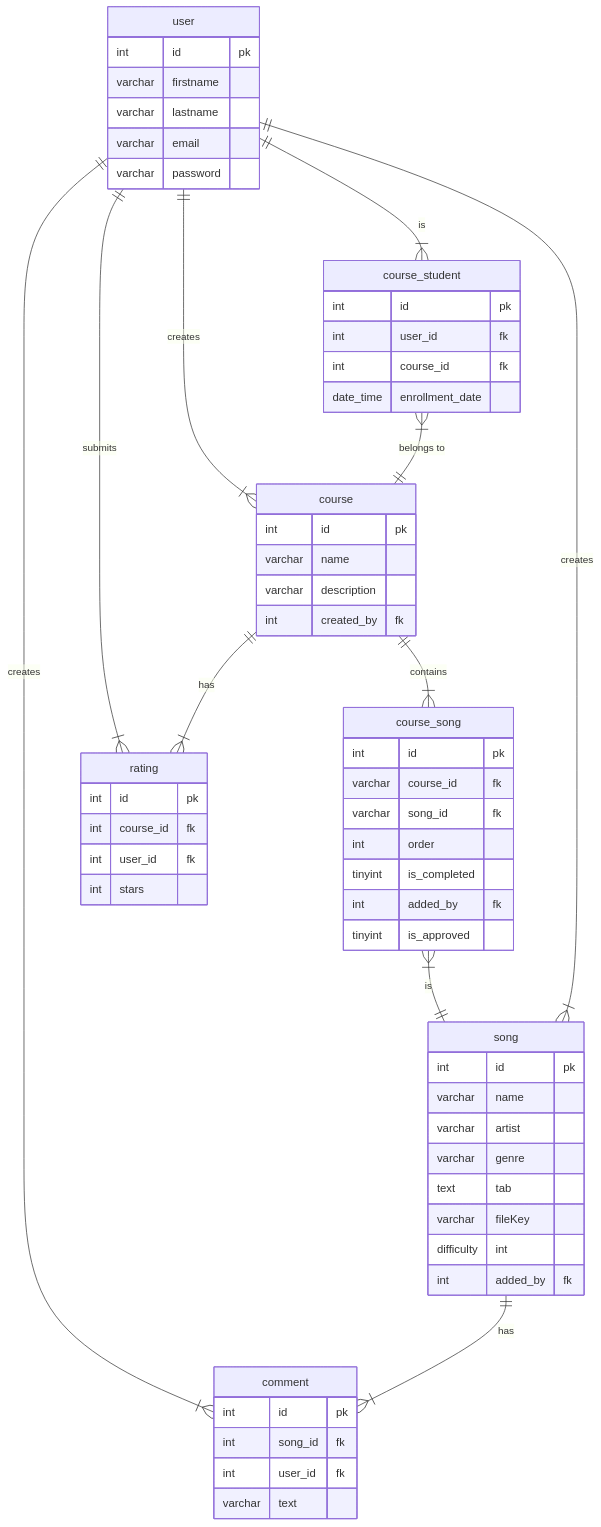
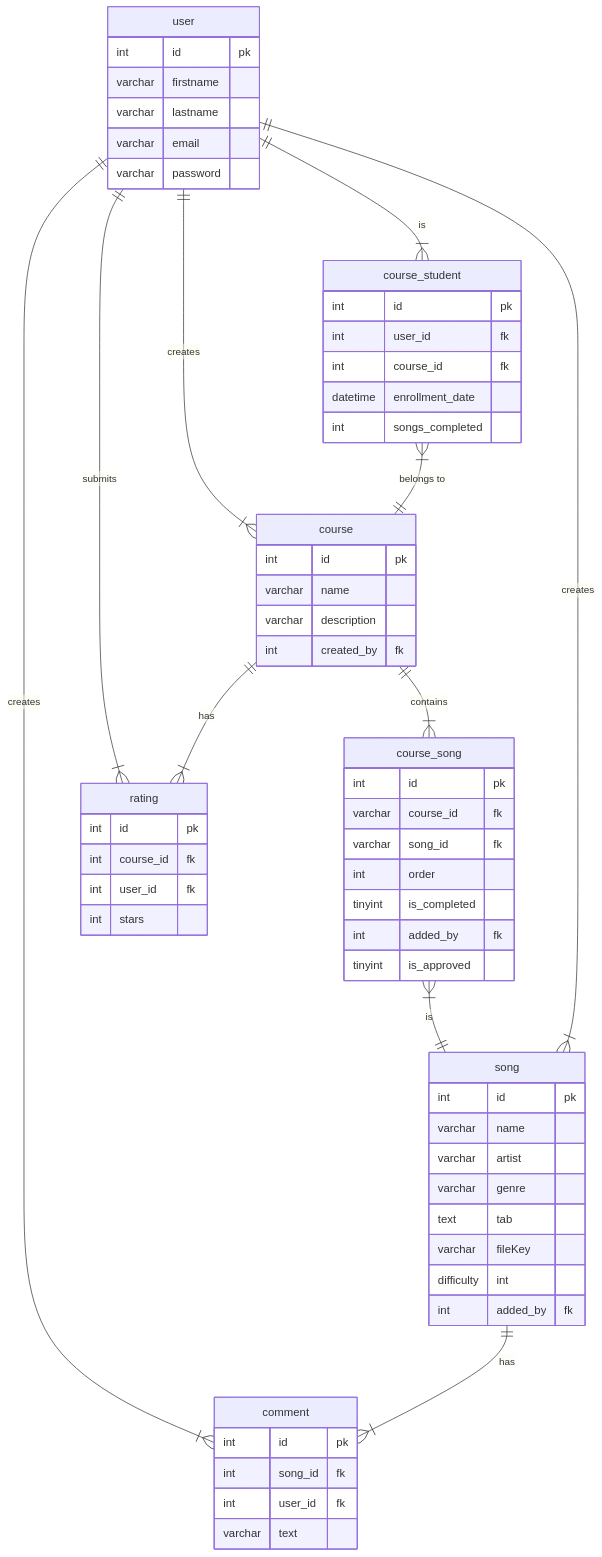
Before and after one commit to ronaldescobar-u/the-musicians-path: the second of 2 diagrams in README.md, drawn with Mermaid.

Commit message:
Added songs completed

````diff
--- a/README.md
+++ b/README.md
@@ -28,64 +28,65 @@
 ```mermaid
 erDiagram
     user ||--|{ course_student : "is"
     user {
         int id pk
         varchar firstname
         varchar lastname
         varchar email
         varchar password
     }
     course_student  }|--|| course : "belongs to"
     course_student {
         int id pk
         int user_id fk
         int course_id fk
-        date_time enrollment_date
+        datetime enrollment_date
+        int songs_completed
 
     }
     course ||--|{ course_song : contains
     user ||--|{ song : creates
     course {
         int id pk
         varchar name
         varchar description
         int created_by fk
     }
     course_song }|--|| song : is
     course_song {
         int id pk
         varchar course_id fk
         varchar song_id fk
         int order
         tinyint is_completed
         int added_by fk
         tinyint is_approved
     }
     song ||--|{ comment : "has"
     song {
         int id pk
         varchar name
         varchar artist
         varchar genre
         text tab
         varchar fileKey
         difficulty int
         int added_by fk
     }
     comment {
         int id pk
         int song_id fk
         int user_id fk
         varchar text
     }
     user ||--|{ comment : creates
     user ||--|{ course : creates
     course ||--|{ rating : has
     rating {
         int id pk
         int course_id fk
         int user_id fk
         int stars
     }
     user ||--|{ rating : submits
 ```
````
